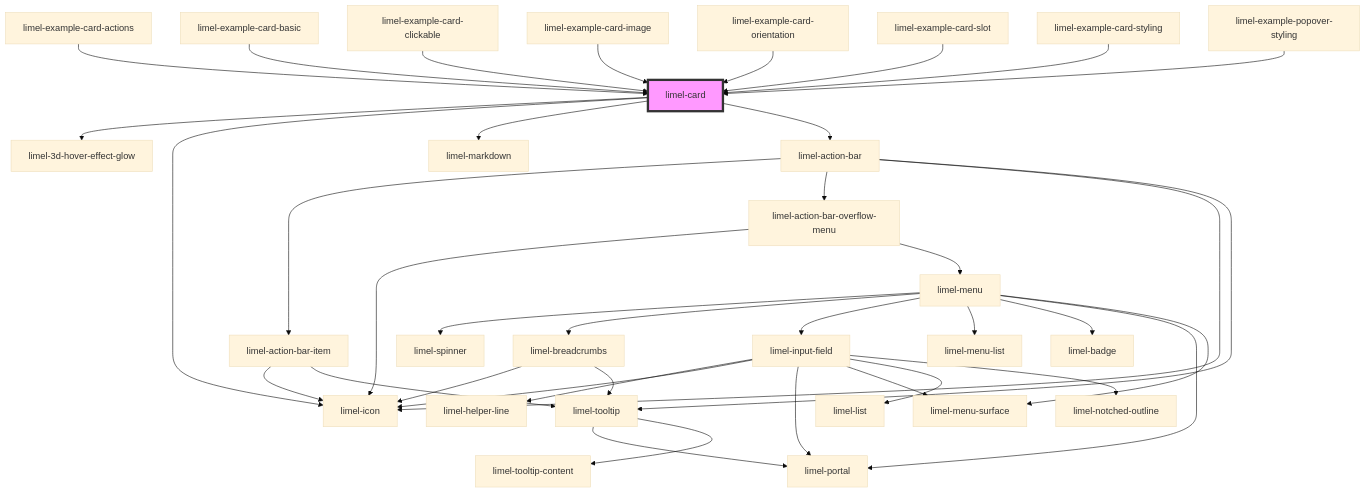
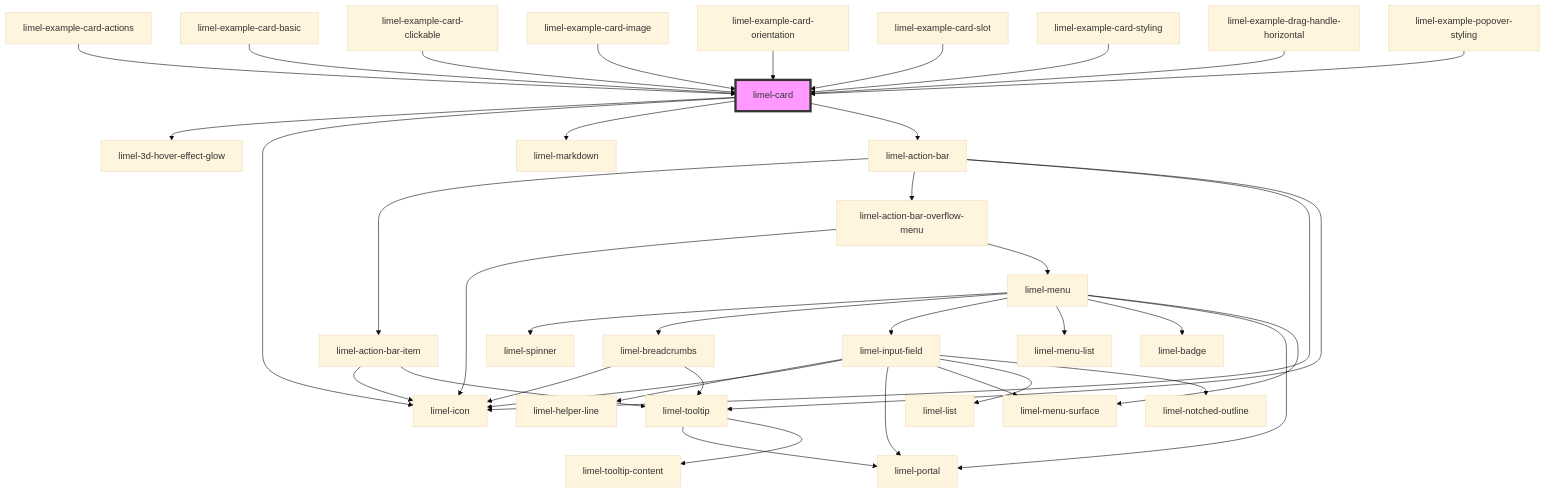
Before and after one commit to Lundalogik/lime-elements: the diagram in versions/PR-3736/markdown-docs/components/card/readme.md, drawn with Mermaid (base theme). The commit also changed other lines of this file and 9 other files, not shown here.

````diff
--- a/versions/PR-3736/markdown-docs/components/card/readme.md
+++ b/versions/PR-3736/markdown-docs/components/card/readme.md
@@ -56,41 +57,42 @@
 ```mermaid
 graph TD;
   limel-card --> limel-3d-hover-effect-glow
   limel-card --> limel-icon
   limel-card --> limel-markdown
   limel-card --> limel-action-bar
   limel-action-bar --> limel-action-bar-item
   limel-action-bar --> limel-action-bar-overflow-menu
   limel-action-bar --> limel-icon
   limel-action-bar --> limel-tooltip
   limel-action-bar-item --> limel-icon
   limel-action-bar-item --> limel-tooltip
   limel-tooltip --> limel-portal
   limel-tooltip --> limel-tooltip-content
   limel-action-bar-overflow-menu --> limel-icon
   limel-action-bar-overflow-menu --> limel-menu
   limel-menu --> limel-spinner
   limel-menu --> limel-breadcrumbs
   limel-menu --> limel-input-field
   limel-menu --> limel-menu-list
   limel-menu --> limel-badge
   limel-menu --> limel-portal
   limel-menu --> limel-menu-surface
   limel-breadcrumbs --> limel-icon
   limel-breadcrumbs --> limel-tooltip
   limel-input-field --> limel-helper-line
   limel-input-field --> limel-icon
   limel-input-field --> limel-portal
   limel-input-field --> limel-menu-surface
   limel-input-field --> limel-list
   limel-input-field --> limel-notched-outline
   limel-example-card-actions --> limel-card
   limel-example-card-basic --> limel-card
   limel-example-card-clickable --> limel-card
   limel-example-card-image --> limel-card
   limel-example-card-orientation --> limel-card
   limel-example-card-slot --> limel-card
   limel-example-card-styling --> limel-card
+  limel-example-drag-handle-horizontal --> limel-card
   limel-example-popover-styling --> limel-card
   style limel-card fill:#f9f,stroke:#333,stroke-width:4px
 ```
````
